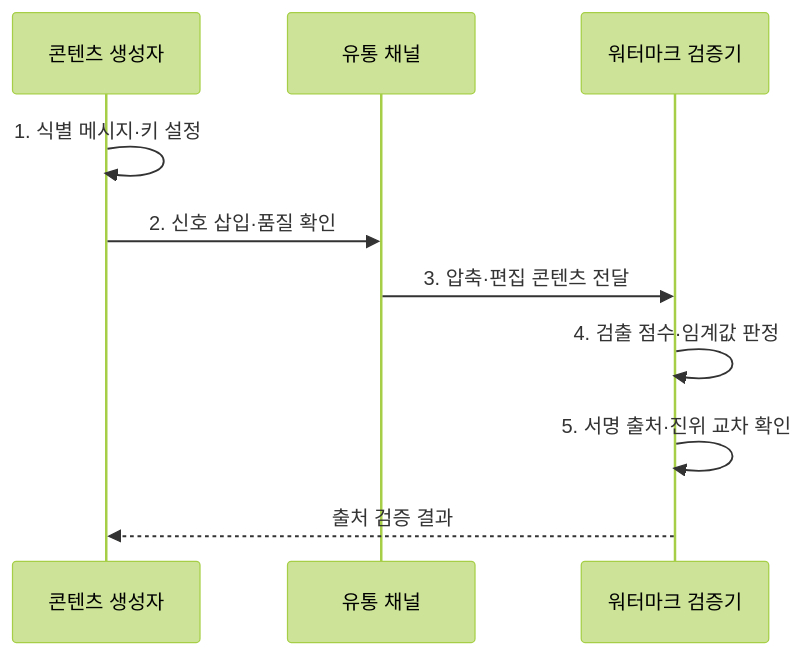
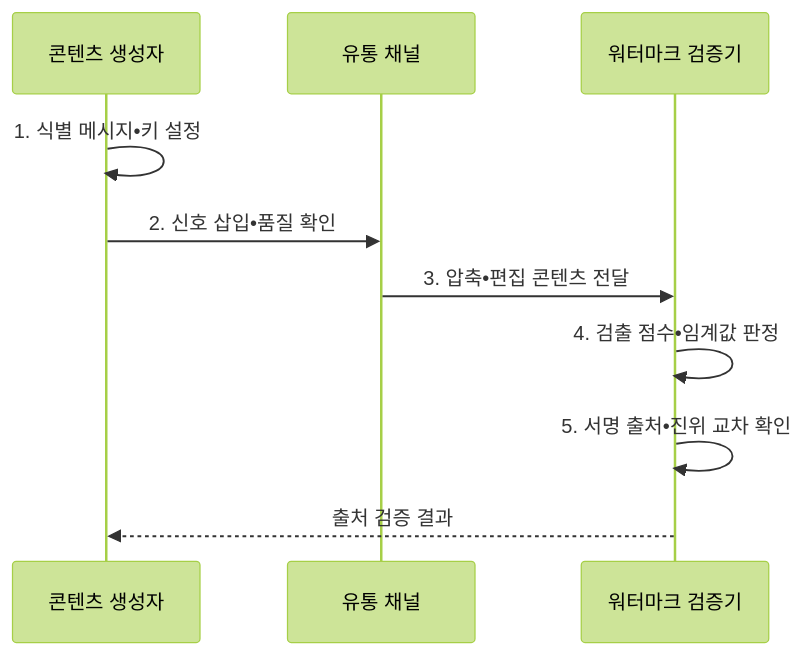
The second of 2 diagrams in src/content/docs/notes/05-security/091_ai_watermarking.md (agnusdei1207/knowledge-base), drawn with Mermaid (forest theme) before and after one commit. The commit also changed other lines of this file and 953 other files, not shown here.

````diff
--- a/src/content/docs/notes/05-security/091_ai_watermarking.md
+++ b/src/content/docs/notes/05-security/091_ai_watermarking.md
@@ -99,12 +99,12 @@
 ```mermaid
 sequenceDiagram
     participant O as 콘텐츠 생성자
     participant C as 유통 채널
     participant V as 워터마크 검증기
-    O->>O: 1. 식별 메시지·키 설정
-    O->>C: 2. 신호 삽입·품질 확인
-    C->>V: 3. 압축·편집 콘텐츠 전달
-    V->>V: 4. 검출 점수·임계값 판정
-    V->>V: 5. 서명 출처·진위 교차 확인
+    O->>O: 1. 식별 메시지•키 설정
+    O->>C: 2. 신호 삽입•품질 확인
+    C->>V: 3. 압축•편집 콘텐츠 전달
+    V->>V: 4. 검출 점수•임계값 판정
+    V->>V: 5. 서명 출처•진위 교차 확인
     V-->>O: 출처 검증 결과
 ```
````
